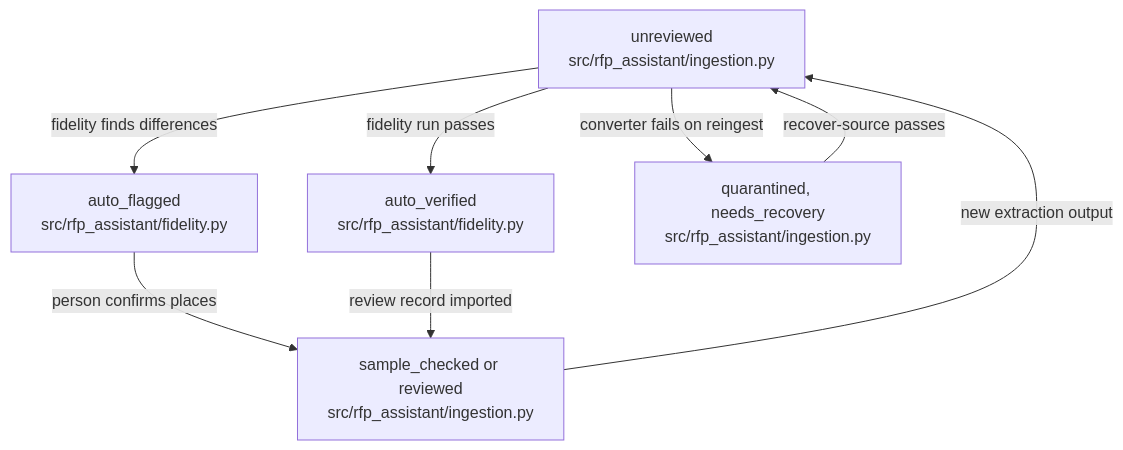
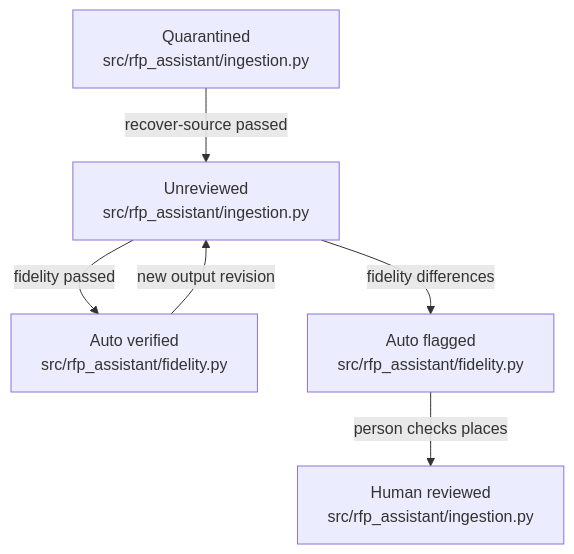
The diagram in .omm/state-transitions/source-review/diagram.mmd (littleeeeebit/project-codeit-mid), drawn with Mermaid before and after one commit. The commit also changed 373 other files, not shown here.

```diff
--- a/.omm/state-transitions/source-review/diagram.mmd
+++ b/.omm/state-transitions/source-review/diagram.mmd
@@ -1,13 +1,6 @@
 graph TD
-  unreviewed["unreviewed\nsrc/rfp_assistant/ingestion.py"]
-  auto_verified["auto_verified\nsrc/rfp_assistant/fidelity.py"]
-  auto_flagged["auto_flagged\nsrc/rfp_assistant/fidelity.py"]
-  human_checked["sample_checked or reviewed\nsrc/rfp_assistant/ingestion.py"]
-  quarantined["quarantined, needs_recovery\nsrc/rfp_assistant/ingestion.py"]
-  unreviewed -->|"fidelity run passes"| auto_verified
-  unreviewed -->|"fidelity finds differences"| auto_flagged
-  auto_flagged -->|"person confirms places"| human_checked
-  auto_verified -->|"review record imported"| human_checked
-  unreviewed -->|"converter fails on reingest"| quarantined
-  quarantined -->|"recover-source passes"| unreviewed
-  human_checked -->|"new extraction output"| unreviewed
+  quarantined["Quarantined\nsrc/rfp_assistant/ingestion.py"] -->|"recover-source passed"| unreviewed["Unreviewed\nsrc/rfp_assistant/ingestion.py"]
+  unreviewed -->|"fidelity passed"| auto-verified["Auto verified\nsrc/rfp_assistant/fidelity.py"]
+  unreviewed -->|"fidelity differences"| auto-flagged["Auto flagged\nsrc/rfp_assistant/fidelity.py"]
+  auto-flagged -->|"person checks places"| human-reviewed["Human reviewed\nsrc/rfp_assistant/ingestion.py"]
+  auto-verified -->|"new output revision"| unreviewed
```
